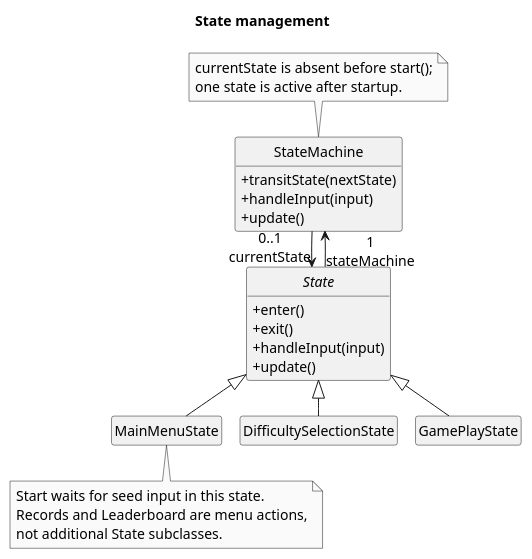
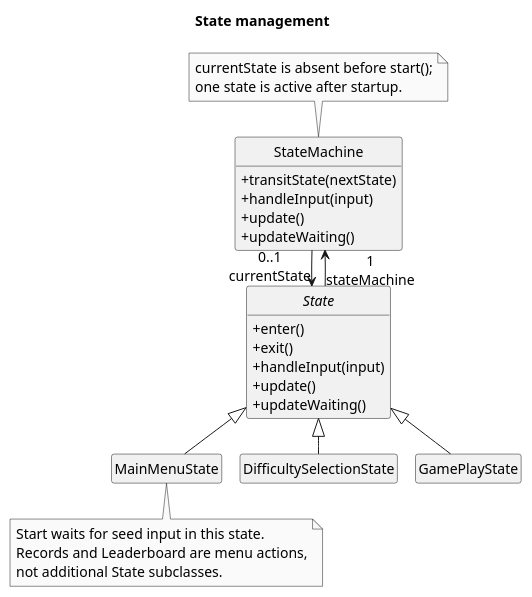
The diagram in docs/diagrams/state-structure.puml (AY2627S1-CS2113-W12-4/tp), drawn with PlantUML before and after one commit. The commit also changed 58 other files, not shown here.

```diff
--- a/docs/diagrams/state-structure.puml
+++ b/docs/diagrams/state-structure.puml
@@ -1,44 +1,46 @@
 @startuml
 !pragma layout smetana
 skinparam monochrome true
 skinparam shadowing false
 skinparam defaultFontName Arial
 skinparam backgroundColor white
 skinparam defaultFontSize 14
 skinparam classAttributeIconSize 0
 hide circle
 hide empty members
 top to bottom direction
 title State management
 
 class StateMachine {
   +transitState(nextState)
   +handleInput(input)
   +update()
+  +updateWaiting()
 }
 abstract class State {
   +enter()
   +exit()
   +handleInput(input)
   +update()
+  +updateWaiting()
 }
 class MainMenuState
 class DifficultySelectionState
 class GamePlayState
 
 StateMachine --> "0..1\ncurrentState" State
 State --> "1\nstateMachine" StateMachine
 State <|-- MainMenuState
 State <|-- DifficultySelectionState
 State <|-- GamePlayState
 
 note bottom of MainMenuState
   Start waits for seed input in this state.
   Records and Leaderboard are menu actions,
   not additional State subclasses.
 end note
 note top of StateMachine
   currentState is absent before start();
   one state is active after startup.
 end note
 @enduml
```
